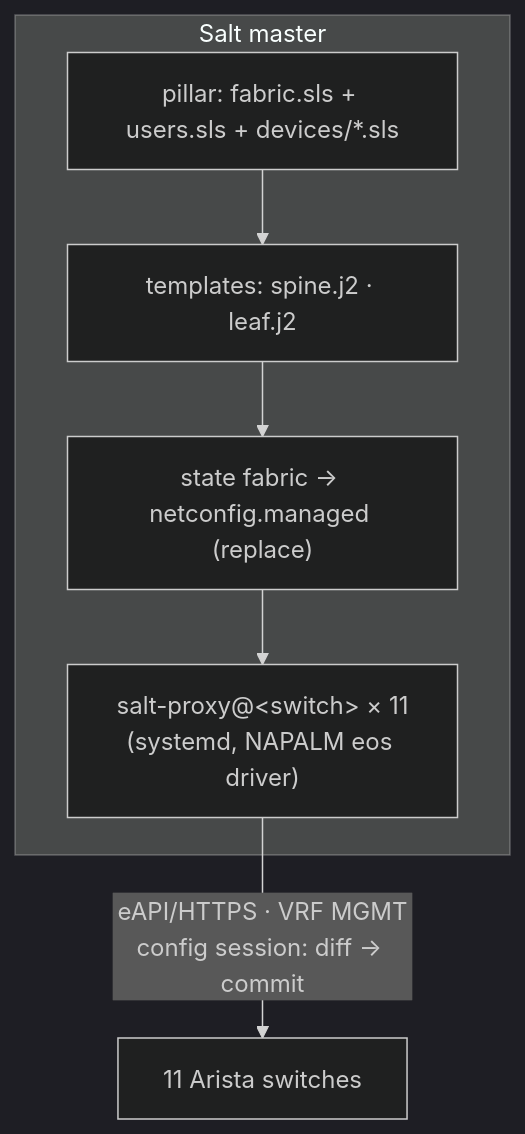
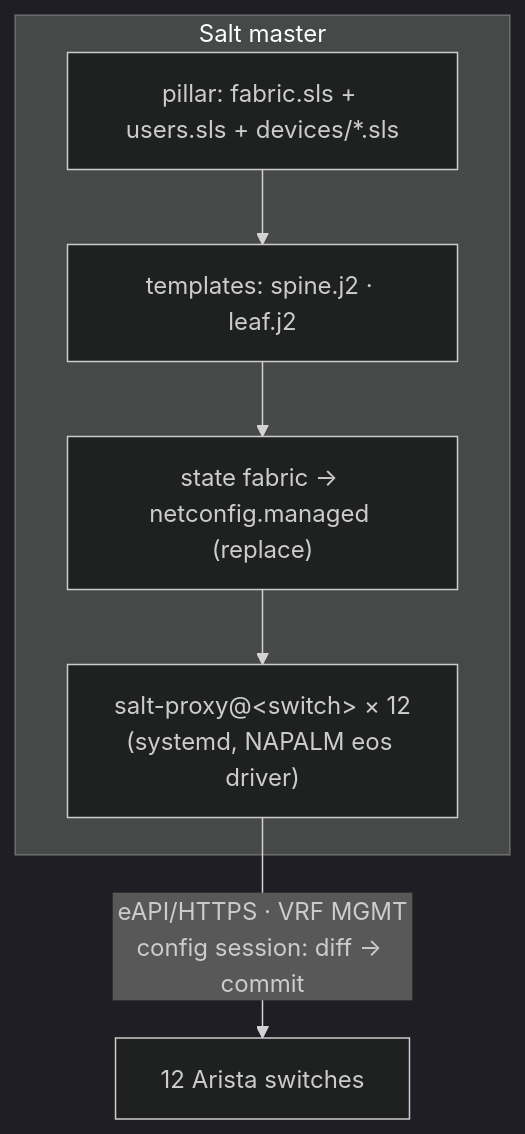
One commit to ysudhakarbe/AI-ready-Arista-EVPN-multisite changed the second of 2 diagrams in docs/ARCHITECTURE.md. Above: the diagram before and after it, drawn with Mermaid (dark theme). The commit also changed 2 other files, not shown here.

Commit message:
Fix switch count: 12 Arista switches

````diff
--- a/docs/ARCHITECTURE.md
+++ b/docs/ARCHITECTURE.md
@@ -77,11 +77,11 @@
 ```mermaid
 flowchart TB
   subgraph Master["Salt master"]
     PIL["pillar: fabric.sls + users.sls + devices/*.sls"]
     TPL["templates: spine.j2 · leaf.j2"]
     ST["state fabric → netconfig.managed (replace)"]
-    PX["salt-proxy@&lt;switch&gt; × 11<br/>(systemd, NAPALM eos driver)"]
+    PX["salt-proxy@&lt;switch&gt; × 12<br/>(systemd, NAPALM eos driver)"]
   end
   PIL --> TPL --> ST --> PX
-  PX -->|"eAPI/HTTPS · VRF MGMT<br/>config session: diff → commit"| SW["11 Arista switches"]
+  PX -->|"eAPI/HTTPS · VRF MGMT<br/>config session: diff → commit"| SW["12 Arista switches"]
 ```
````
